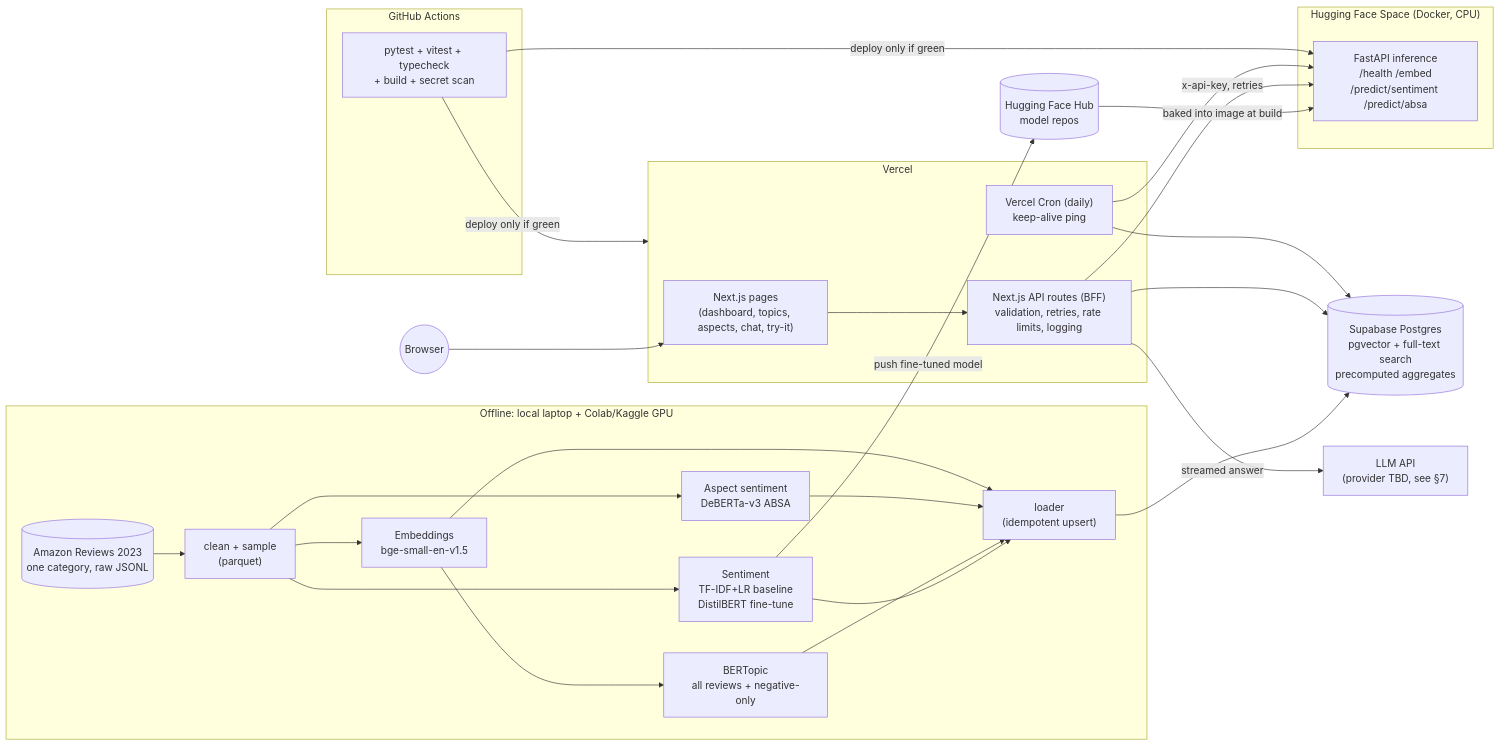
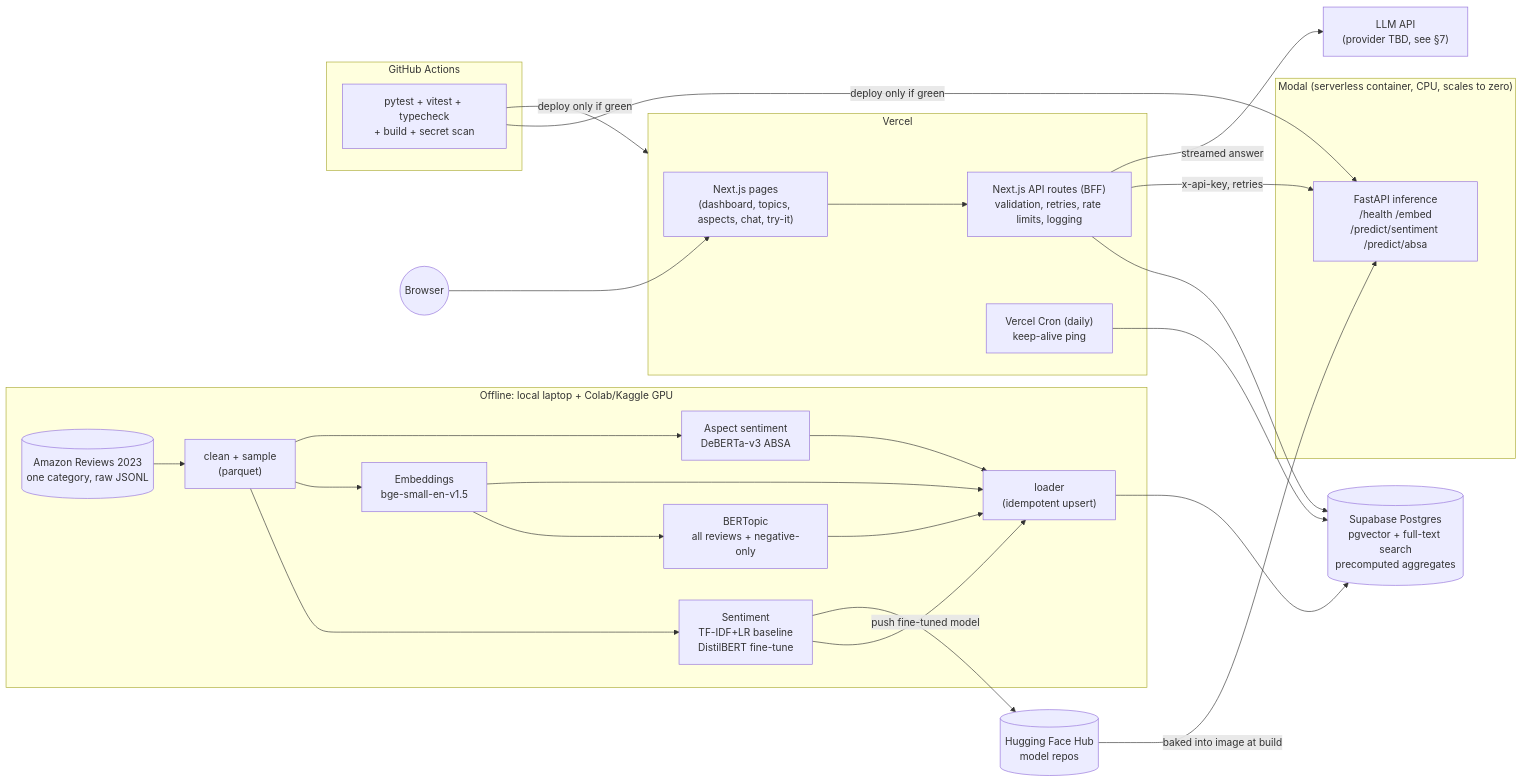
The first of 2 diagrams in PLAN.md (SCARXZ-1864/DS_ML), drawn with Mermaid before and after one commit. The commit also changed other lines of this file and 9 other files, not shown here.

First line of the commit message:
feat(inference)!: deploy to Modal instead of HF Docker Space

````diff
--- a/PLAN.md
+++ b/PLAN.md
@@ -23,42 +23,42 @@
 ```mermaid
 flowchart LR
   subgraph OFF["Offline: local laptop + Colab/Kaggle GPU"]
     RAW[("Amazon Reviews 2023<br/>one category, raw JSONL")] --> CLEAN["clean + sample<br/>(parquet)"]
     CLEAN --> SENT["Sentiment<br/>TF-IDF+LR baseline<br/>DistilBERT fine-tune"]
     CLEAN --> EMB["Embeddings<br/>bge-small-en-v1.5"]
     EMB --> TOP["BERTopic<br/>all reviews + negative-only"]
     CLEAN --> ABSA["Aspect sentiment<br/>DeBERTa-v3 ABSA"]
     SENT --> LOAD["loader<br/>(idempotent upsert)"]
     TOP --> LOAD
     ABSA --> LOAD
     EMB --> LOAD
   end
 
   SENT -- "push fine-tuned model" --> HUB[("Hugging Face Hub<br/>model repos")]
   LOAD --> DB[("Supabase Postgres<br/>pgvector + full-text search<br/>precomputed aggregates")]
 
-  subgraph HF["Hugging Face Space (Docker, CPU)"]
-    SPACE["FastAPI inference<br/>/health /embed<br/>/predict/sentiment /predict/absa"]
+  subgraph MODAL["Modal (serverless container, CPU, scales to zero)"]
+    INF["FastAPI inference<br/>/health /embed<br/>/predict/sentiment /predict/absa"]
   end
-  HUB -- "baked into image at build" --> SPACE
+  HUB -- "baked into image at build" --> INF
 
   subgraph VC["Vercel"]
     UI["Next.js pages<br/>(dashboard, topics, aspects, chat, try-it)"]
     API["Next.js API routes (BFF)<br/>validation, retries, rate limits, logging"]
     CRON["Vercel Cron (daily)<br/>keep-alive ping"]
   end
 
   USER(("Browser")) --> UI
   UI --> API
   API --> DB
-  API -- "x-api-key, retries" --> SPACE
+  API -- "x-api-key, retries" --> INF
   API -- "streamed answer" --> LLM["LLM API<br/>(provider TBD, see §7)"]
   CRON --> DB
-  CRON --> SPACE
+  %% no keep-alive for Modal: it scales to zero by design; pages send a warm-up ping instead
 
   subgraph CI["GitHub Actions"]
     TESTS["pytest + vitest + typecheck<br/>+ build + secret scan"]
   end
-  TESTS -- "deploy only if green" --> SPACE
+  TESTS -- "deploy only if green" --> INF
   TESTS -- "deploy only if green" --> VC
 ```
````
